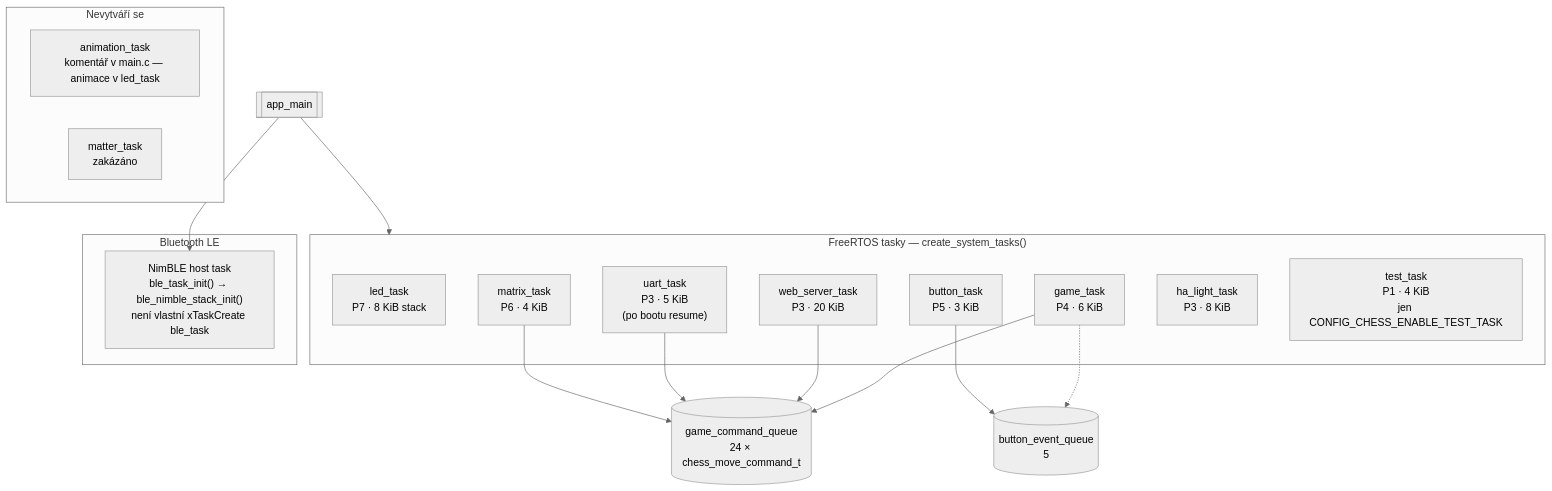
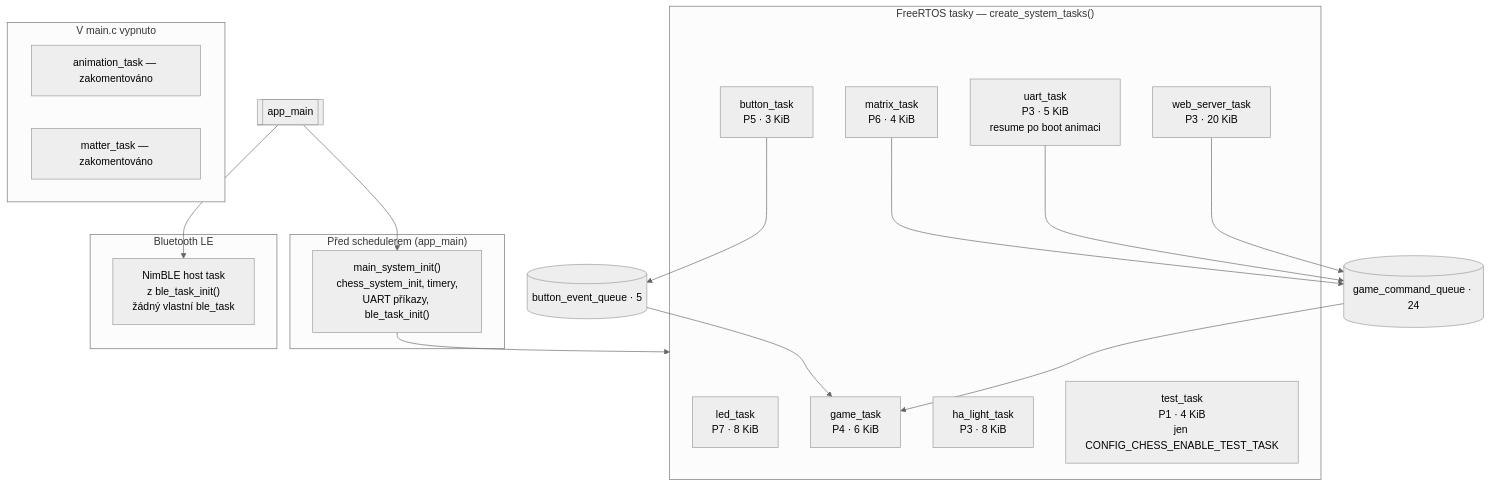
One commit to AlfredKrutina/chess_esp32_c6_devkit changed the diagram in docs/diagrams/tasks_architecture.md. Above: the diagram before and after it, drawn with Mermaid (neutral theme). The commit also changed other lines of this file and 19 other files, not shown here.

First line of the commit message:
docs: struktura docs/, diagramový README a více Mermaid v kořeni

````diff
--- a/docs/diagrams/tasks_architecture.md
+++ b/docs/diagrams/tasks_architecture.md
@@ -9,34 +11,39 @@
 ```mermaid
 flowchart TB
+  subgraph Init["Před schedulerem (app_main)"]
+    SYS["main_system_init()<br/>chess_system_init, timery,<br/>UART příkazy, ble_task_init()"]
+  end
+
   subgraph Tasks["FreeRTOS tasky — create_system_tasks()"]
-    LED["led_task<br/>P7 · 8 KiB stack"]
+    LED["led_task<br/>P7 · 8 KiB"]
     MAT["matrix_task<br/>P6 · 4 KiB"]
     BTN["button_task<br/>P5 · 3 KiB"]
-    UART["uart_task<br/>P3 · 5 KiB<br/>(po bootu resume)"]
+    UART["uart_task<br/>P3 · 5 KiB<br/>resume po boot animaci"]
     GAME["game_task<br/>P4 · 6 KiB"]
     WEB["web_server_task<br/>P3 · 20 KiB"]
     HA["ha_light_task<br/>P3 · 8 KiB"]
     TEST["test_task<br/>P1 · 4 KiB<br/>jen CONFIG_CHESS_ENABLE_TEST_TASK"]
   end
 
   subgraph BLE["Bluetooth LE"]
-    NIM["NimBLE host task<br/>ble_task_init() → ble_nimble_stack_init()<br/>není vlastní xTaskCreate ble_task"]
+    NIM["NimBLE host task<br/>z ble_task_init()<br/>žádný vlastní ble_task"]
   end
 
-  subgraph Disabled["Nevytváří se"]
-    ANIM["animation_task<br/>komentář v main.c — animace v led_task"]
-    MATTER["matter_task<br/>zakázáno"]
+  subgraph Disabled["V main.c vypnuto"]
+    ANIM["animation_task — zakomentováno"]
+    MATTER["matter_task — zakomentováno"]
   end
 
-  MAIN[["app_main"]] --> Tasks
+  MAIN[["app_main"]] --> SYS
+  SYS --> Tasks
   MAIN --> NIM
 
-  GQ[("game_command_queue<br/>24 × chess_move_command_t")]
-  BQ[("button_event_queue<br/>5")]
+  GQ[("game_command_queue · 24")]
+  BQ[("button_event_queue · 5")]
   MAT --> GQ
   BTN --> BQ
   UART --> GQ
   WEB --> GQ
-  GAME --> GQ
-  GAME -.-> BQ
+  BQ --> GAME
+  GQ --> GAME
 ```
````
